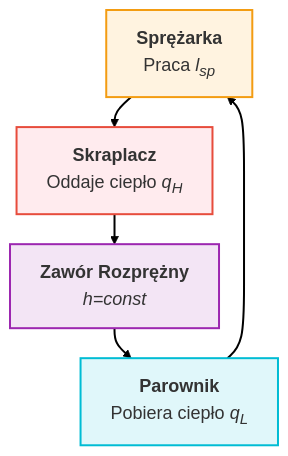
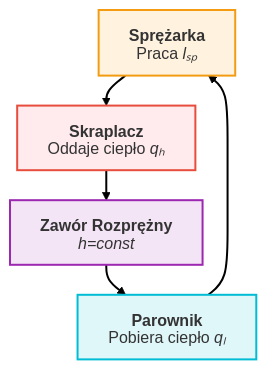
Before and after one commit to moondec/Termodynamika: the first of 4 diagrams in Wyklady/11_Chlodnictwo.qmd, drawn with Mermaid. The commit also changed other lines of this file and 84 other files, not shown here.

First line of the commit message:
Wykłady: diagramy mermaid bez ucinania i dopasowane do slajdów

````diff
--- a/Wyklady/11_Chlodnictwo.qmd
+++ b/Wyklady/11_Chlodnictwo.qmd
@@ -179,18 +179,21 @@
 ```{mermaid}
 %%| fig-align: center
-%%| fig-width: 6
 
-%%{init: {'theme': 'default', 'flowchart': { 'useMaxWidth': false, 'htmlLabels': true, 'diagramPadding': 0, 'nodeSpacing': 30, 'rankSpacing': 30 }, 'themeVariables': { 'fontSize': '18px', 'fontFamily': 'sans-serif' }}}%%
+%%{init: {'theme': 'default', 'flowchart': {'htmlLabels': false, 'diagramPadding': 0, 'nodeSpacing': 30, 'rankSpacing': 30, 'wrappingWidth': 400, 'subGraphTitleMargin': {'top': 6, 'bottom': 16}}, 'themeVariables': {'fontSize': '16px', 'fontFamily': 'Arial, Helvetica, sans-serif'}, 'htmlLabels': false}}%%
 flowchart TD
-    S["<b>Sprężarka</b><br>Praca <em style='font-style: italic'>l<sub>sp</sub></em>"] --> SK["<b>Skraplacz</b><br>Oddaje ciepło <em style='font-style: italic'>q<sub>H</sub></em>"]
-    SK --> Z["<b>Zawór Rozprężny</b><br><em style='font-style: italic'>h=const</em>"]
-    Z --> P["<b>Parownik</b><br>Pobiera ciepło <em style='font-style: italic'>q<sub>L</sub></em>"]
+    S["`**Sprężarka**
+Praca *lₛₚ*`"] --> SK["`**Skraplacz**
+Oddaje ciepło *qₕ*`"]
+    SK --> Z["`**Zawór Rozprężny**
+*h=const*`"]
+    Z --> P["`**Parownik**
+Pobiera ciepło *qₗ*`"]
     P --> S
     
     style S fill:#fff3e0,stroke:#f39c12,stroke-width:2px
     style SK fill:#ffebee,stroke:#e74c3c,stroke-width:2px
     style Z fill:#f3e5f5,stroke:#9c27b0,stroke-width:2px
     style P fill:#e0f7fa,stroke:#00bcd4,stroke-width:2px
     
     linkStyle default stroke-width:2px,fill:none,stroke:black
 ```
````
